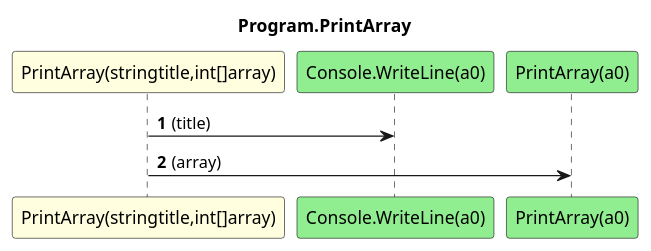
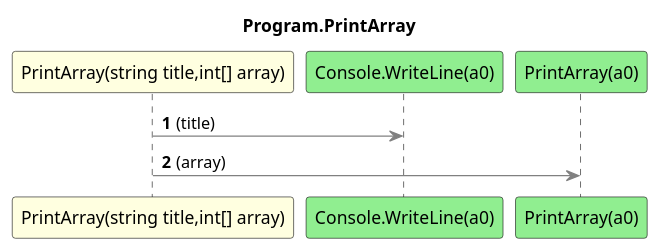
Before and after one commit to leoggehrer/2324-34_ABIF_ACIF_POSE: the diagram in SortingAlgorithms.ConApp/diagrams/sq_Program_PrintArray.puml, drawn with PlantUML. The commit also changed 37 other files, not shown here.

```diff
--- a/SortingAlgorithms.ConApp/diagrams/sq_Program_PrintArray.puml
+++ b/SortingAlgorithms.ConApp/diagrams/sq_Program_PrintArray.puml
@@ -1,9 +1,9 @@
 @startuml Program.PrintArray
 title Program.PrintArray
-participant "PrintArray(stringtitle,int[]array)" as PrintArray_p0_p1 #LightYellow
+participant "PrintArray(string title,int[] array)" as PrintArray_p0_p1 #LightYellow
 participant "Console.WriteLine(a0)" as Console_WriteLine_a0 #LightGreen
 participant "PrintArray(a0)" as PrintArray_a0 #LightGreen
 autonumber
-PrintArray_p0_p1 -> Console_WriteLine_a0 : (title)
-PrintArray_p0_p1 -> PrintArray_a0 : (array)
+PrintArray_p0_p1 -[#grey]> Console_WriteLine_a0 : (title)
+PrintArray_p0_p1 -[#grey]> PrintArray_a0 : (array)
 @enduml
```
